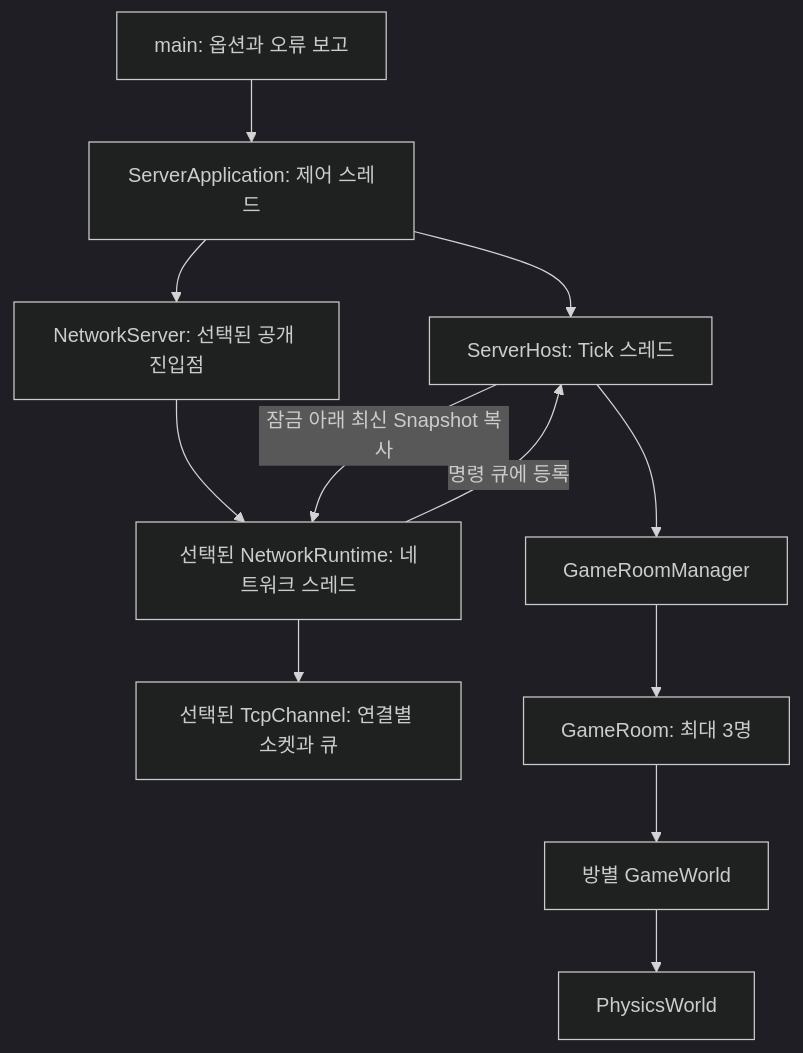
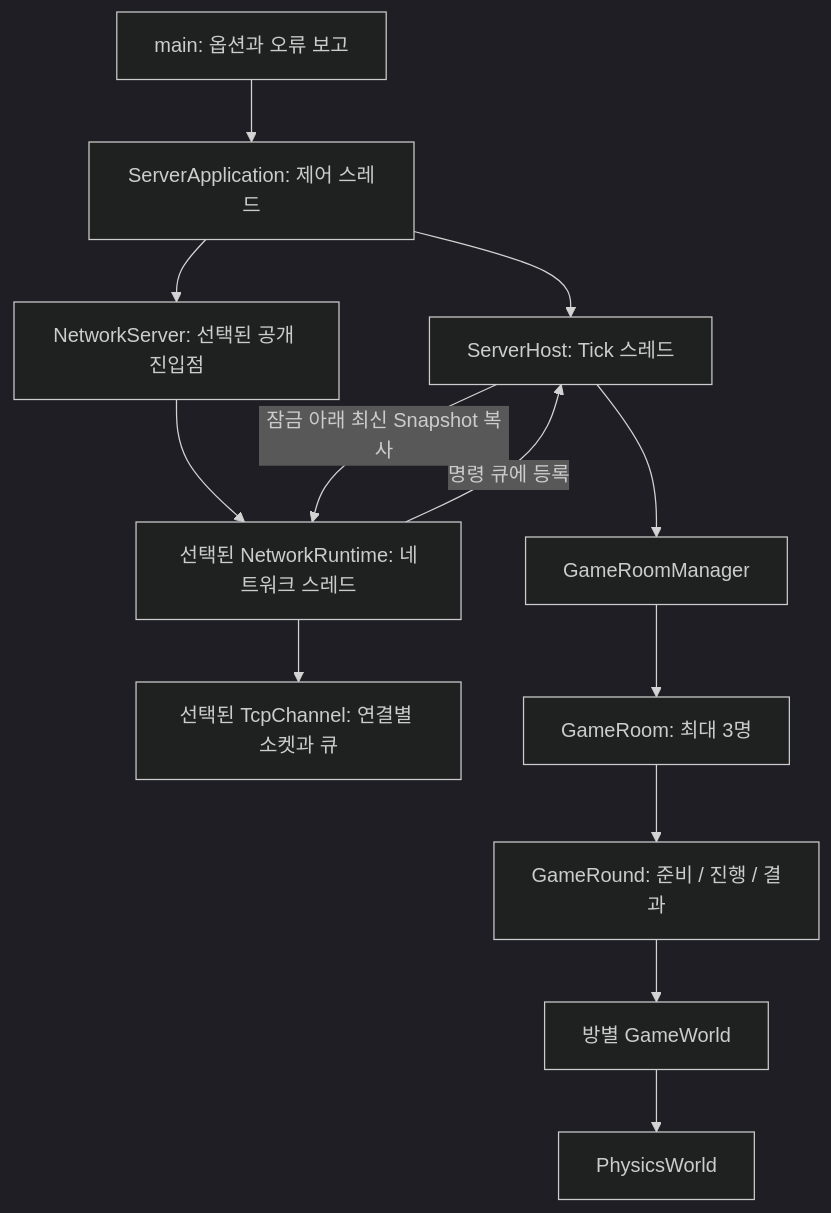
One commit to BaeJiwoo/MoongTangE changed the first of 3 diagrams in docs/SERVER_ARCHITECTURE.md. Above: the diagram before and after it, drawn with Mermaid (dark theme). The commit also changed other lines of this file and 46 other files, not shown here.

````diff
--- a/docs/SERVER_ARCHITECTURE.md
+++ b/docs/SERVER_ARCHITECTURE.md
@@ -57,14 +58,15 @@
 ```mermaid
 flowchart TD
     Main[main: 옵션과 오류 보고] --> App[ServerApplication: 제어 스레드]
     App --> Host[ServerHost: Tick 스레드]
     App --> Facade[NetworkServer: 선택된 공개 진입점]
     Facade --> Network[선택된 NetworkRuntime: 네트워크 스레드]
     Network --> Channel[선택된 TcpChannel: 연결별 소켓과 큐]
     Network -->|명령 큐에 등록| Host
     Host --> Rooms[GameRoomManager]
     Rooms --> Room[GameRoom: 최대 3명]
-    Room --> World[방별 GameWorld]
+    Room --> Round[GameRound: 준비 / 진행 / 결과]
+    Round --> World[방별 GameWorld]
     World --> Physics[PhysicsWorld]
     Host -->|잠금 아래 최신 Snapshot 복사| Network
 ```
````
